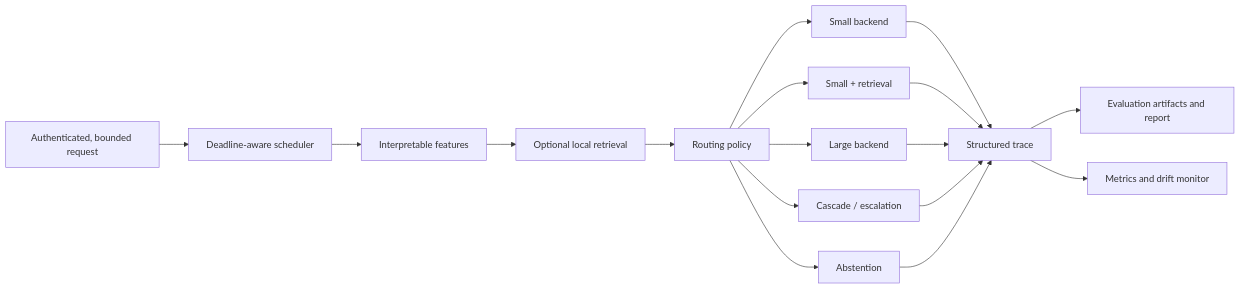
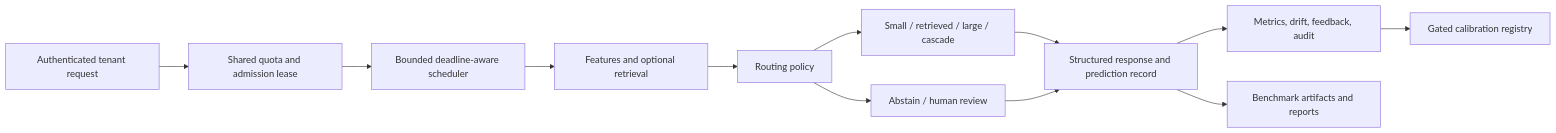
Before and after one commit to BearAx/budgetroute-llm: the diagram in README.md, drawn with Mermaid. The commit also changed other lines of this file and 75 other files, not shown here.

````diff
--- a/README.md
+++ b/README.md
@@ -17,19 +13,14 @@
 ```mermaid
 flowchart LR
-    A["Authenticated, bounded request"] --> Q["Deadline-aware scheduler"]
-    Q --> B["Interpretable features"]
-    B --> C["Optional local retrieval"]
-    C --> D["Routing policy"]
-    D --> E["Small backend"]
-    D --> F["Small + retrieval"]
-    D --> G["Large backend"]
-    D --> H["Cascade / escalation"]
-    D --> I["Abstention"]
-    E --> J["Structured trace"]
-    F --> J
-    G --> J
-    H --> J
-    I --> J
-    J --> K["Evaluation artifacts and report"]
-    J --> M["Metrics and drift monitor"]
+    A["Authenticated tenant request"] --> B["Shared quota and admission lease"]
+    B --> C["Bounded deadline-aware scheduler"]
+    C --> D["Features and optional retrieval"]
+    D --> E["Routing policy"]
+    E --> F["Small / retrieved / large / cascade"]
+    E --> G["Abstain / human review"]
+    F --> H["Structured response and prediction record"]
+    G --> H
+    H --> I["Metrics, drift, feedback, audit"]
+    I --> J["Gated calibration registry"]
+    H --> K["Benchmark artifacts and reports"]
 ```
````
